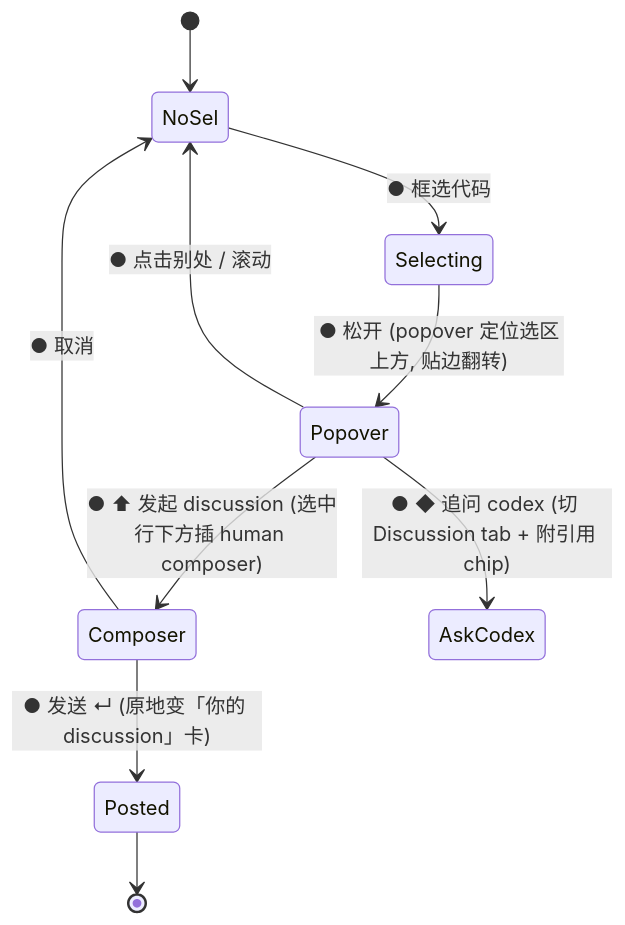
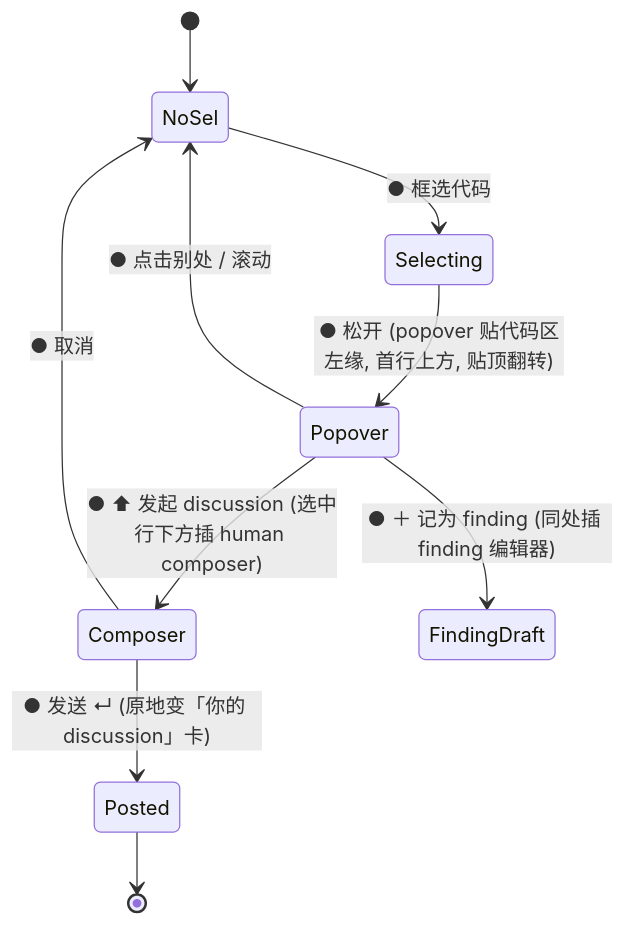
Diagram 15 of 16 in docs/design/ui-states.md (xieziyu/duetlens), drawn with Mermaid before and after one commit. The commit also changed other lines of this file and 9 other files, not shown here.

First line of the commit message:
refactor(review): drop duplicate ask-agent action from selection popover

````diff
--- a/docs/design/ui-states.md
+++ b/docs/design/ui-states.md
@@ -282,12 +282,12 @@
 ```mermaid
 stateDiagram-v2
     [*] --> NoSel
     NoSel --> Selecting : ● 框选代码
-    Selecting --> Popover : ● 松开 (popover 定位选区上方, 贴边翻转)
+    Selecting --> Popover : ● 松开 (popover 贴代码区左缘, 首行上方, 贴顶翻转)
     Popover --> NoSel : ● 点击别处 / 滚动
     Popover --> Composer : ● ⬆ 发起 discussion (选中行下方插 human composer)
-    Popover --> AskCodex : ● ◆ 追问 codex (切 Discussion tab + 附引用 chip)
+    Popover --> FindingDraft : ● ＋ 记为 finding (同处插 finding 编辑器)
     Composer --> Posted : ● 发送 ↵ (原地变「你的 discussion」卡)
     Composer --> NoSel : ● 取消
     Posted --> [*]
 ```
````
